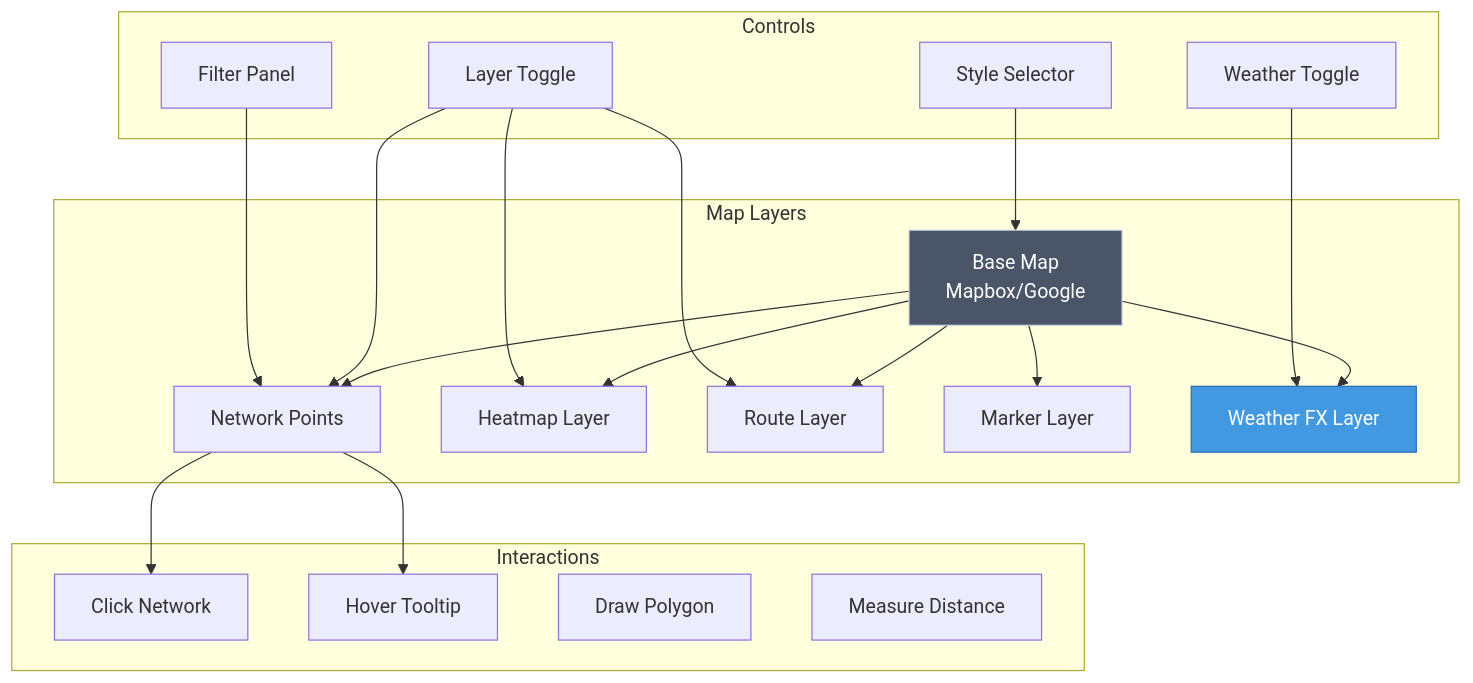
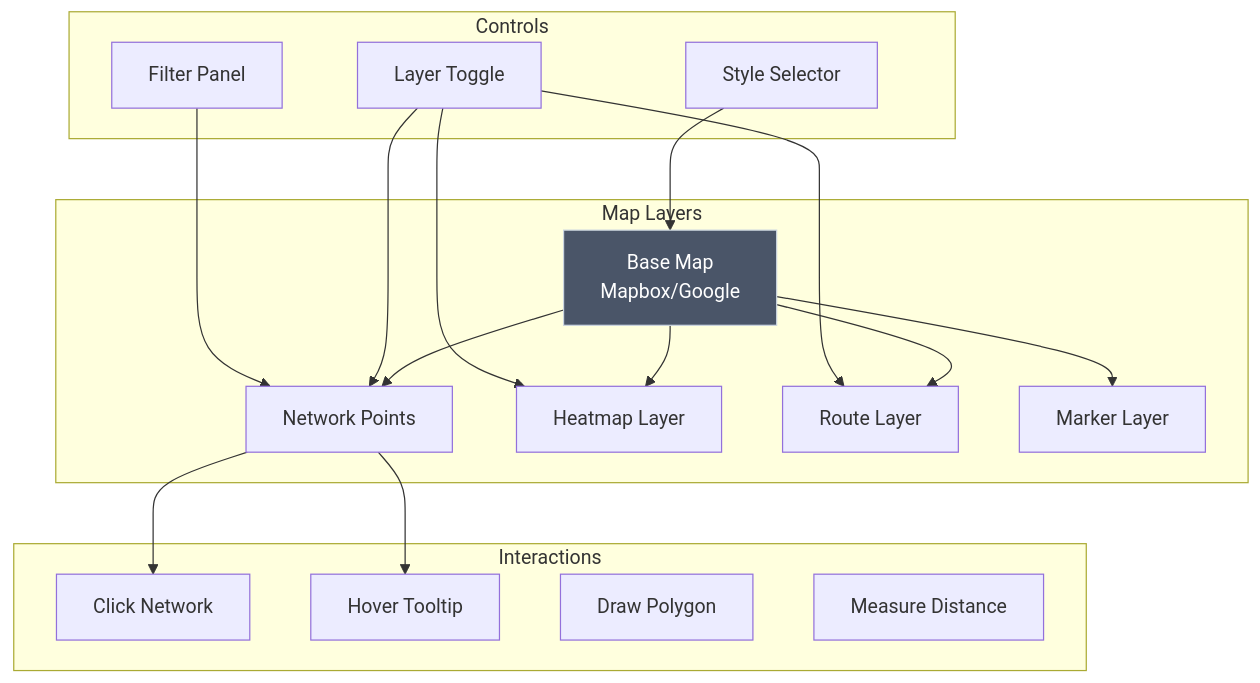
Before and after one commit to cyclonite69/shadowcheck-web: the fourth of 12 diagrams in .github/wiki/Features.md, drawn with Mermaid. The commit also changed other lines of this file and 29 other files, not shown here.

````diff
--- a/.github/wiki/Features.md
+++ b/.github/wiki/Features.md
@@ -141,44 +140,39 @@
 ```mermaid
 graph TB
     subgraph "Map Layers"
         A[Base Map<br/>Mapbox/Google]
         B[Network Points]
         C[Heatmap Layer]
         D[Route Layer]
         E[Marker Layer]
-        F[Weather FX Layer]
     end
 
     subgraph "Interactions"
         G[Click Network]
         H[Hover Tooltip]
         I[Draw Polygon]
         J[Measure Distance]
     end
 
     subgraph "Controls"
         K[Layer Toggle]
         L[Style Selector]
-        M[Weather Toggle]
         N[Filter Panel]
     end
 
     A --> B
     A --> C
     A --> D
     A --> E
-    A --> F
 
     B --> G
     B --> H
 
     K --> B
     K --> C
     K --> D
     L --> A
-    M --> F
     N --> B
 
     style A fill:#4a5568,stroke:#cbd5e0,color:#fff
-    style F fill:#4299e1,stroke:#2b6cb0,color:#fff
 ```
````
